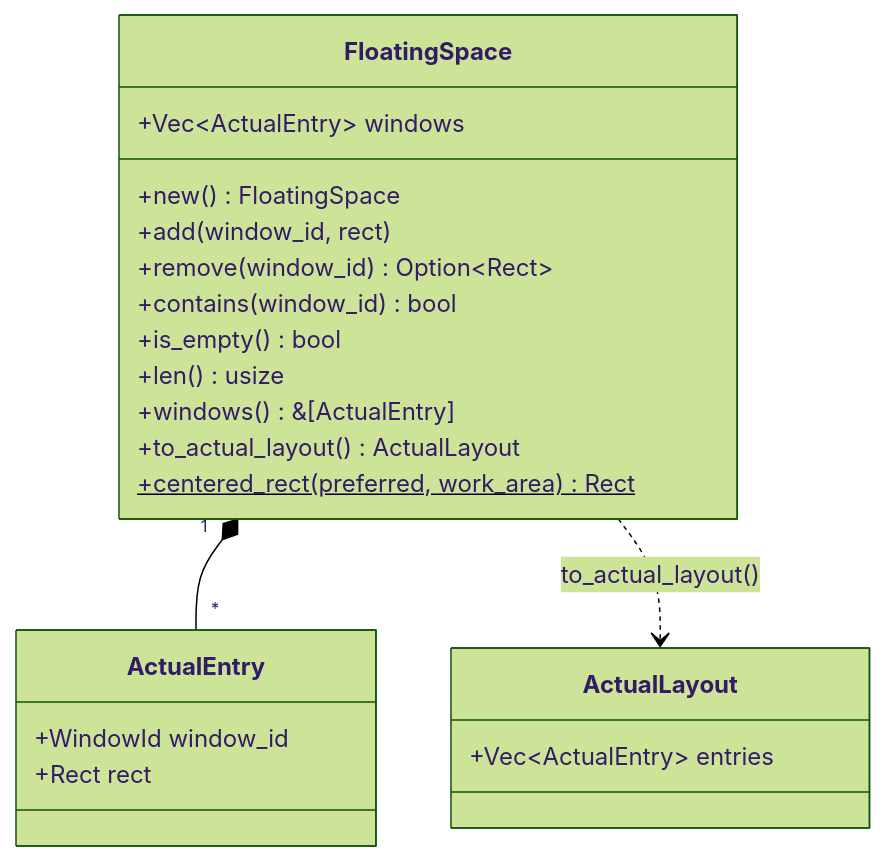
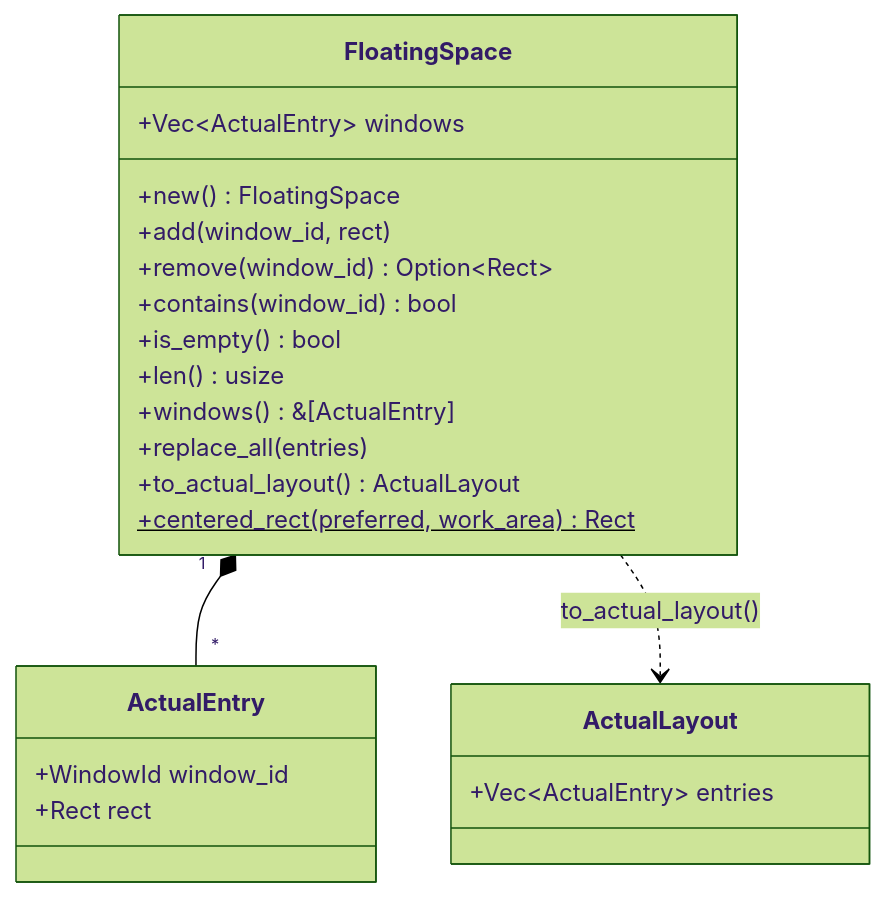
One commit to darth-feir/flow-wm-multi-monitor changed the second of 6 diagrams in docs/src/dev-guide/floating-space.md. Above: the diagram before and after it, drawn with Mermaid (forest theme). The commit also changed other lines of this file and 33 other files, not shown here.

First line of the commit message:
docs: move the fork to github.com/darth-feir/flow-wm and audit every guide page against the code

````diff
--- a/docs/src/dev-guide/floating-space.md
+++ b/docs/src/dev-guide/floating-space.md
@@ -47,27 +47,28 @@
 ```mermaid
 classDiagram
     class FloatingSpace {
         +Vec~ActualEntry~ windows
         +new() FloatingSpace
         +add(window_id, rect)
         +remove(window_id) Option~Rect~
         +contains(window_id) bool
         +is_empty() bool
         +len() usize
         +windows() &[ActualEntry]
+        +replace_all(entries)
         +to_actual_layout() ActualLayout
         +centered_rect(preferred, work_area) Rect$
     }
 
     class ActualEntry {
         +WindowId window_id
         +Rect rect
     }
 
     class ActualLayout {
         +Vec~ActualEntry~ entries
     }
 
     FloatingSpace "1" *-- "*" ActualEntry
     FloatingSpace ..> ActualLayout : to_actual_layout()
 ```
````
